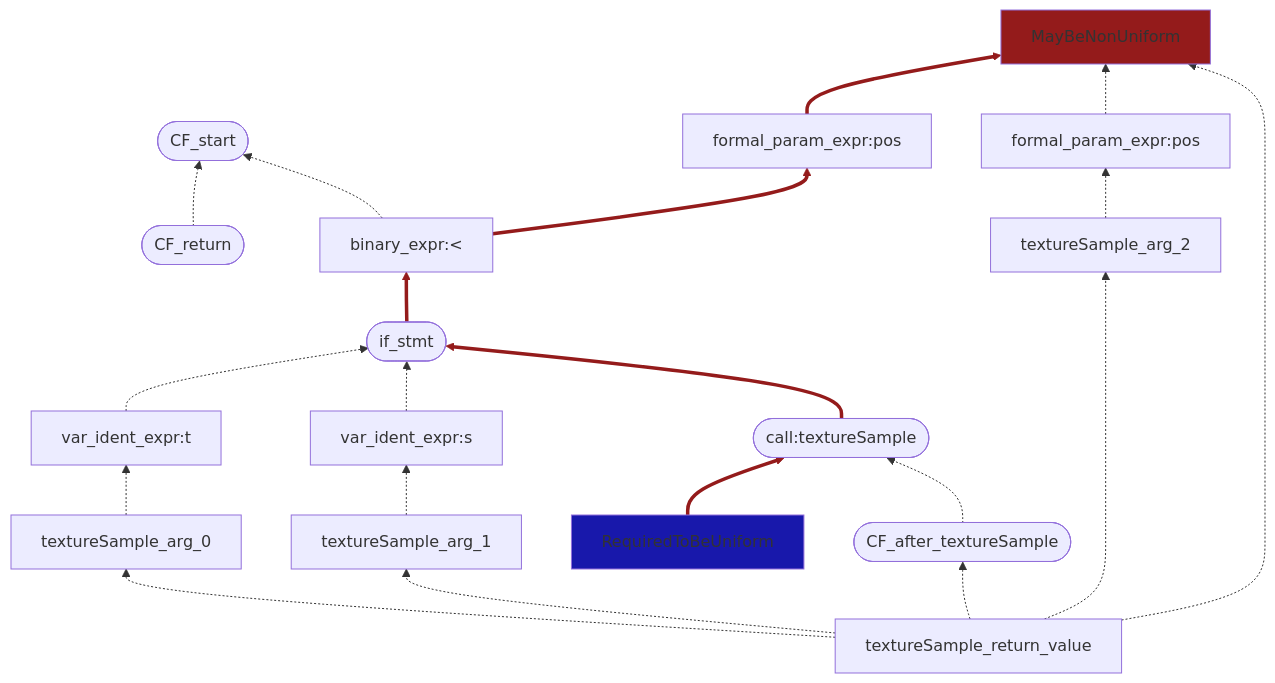
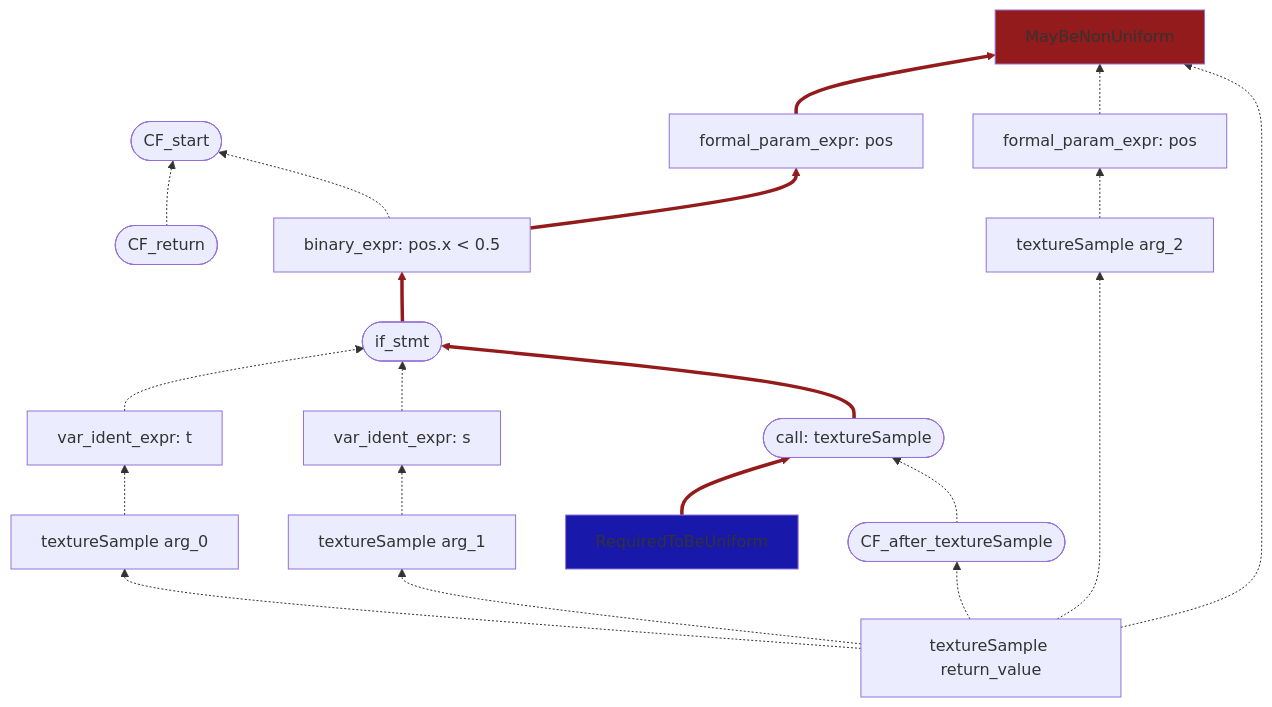
Before and after one commit to gpuweb/gpuweb: the diagram in wgsl/diagrams/uniformity_1.mmd, drawn with Mermaid. The commit also changed 9 other files, not shown here.

```diff
--- a/wgsl/diagrams/uniformity_1.mmd
+++ b/wgsl/diagrams/uniformity_1.mmd
@@ -1,39 +1,39 @@
 flowchart BT
   RequiredToBeUniform ==> textureSamplecall;
   CFreturn -.-> CFstart;
   posidentexpr ==> MayBeNonUniform;
   binaryexprresult ==> posidentexpr;
   binaryexprresult -.-> CFstart;
   ifstmt ==> binaryexprresult;
   tidentexpr -.-> ifstmt;
   textureSamplearg0 -.-> tidentexpr;
   sidentexpr -.-> ifstmt;
   textureSamplearg1 -.-> sidentexpr;
   posidentexpr1 -.-> MayBeNonUniform;
   textureSamplearg2 -.-> posidentexpr1;
   textureSamplecall ==> ifstmt;
   textureSamplereturnvalue -.-> MayBeNonUniform;
   textureSamplereturnvalue -.-> CFaftertextureSample;
   textureSamplereturnvalue -.-> textureSamplearg0;
   textureSamplereturnvalue -.-> textureSamplearg1;
   textureSamplereturnvalue -.-> textureSamplearg2;
   CFaftertextureSample -.-> textureSamplecall;
 
   style MayBeNonUniform fill:#941b1b
   style RequiredToBeUniform fill:#1818ab
   linkStyle 0,2,3,5,12 stroke:#941b1b
 
-  textureSamplecall([call:textureSample])
+  textureSamplecall([call: textureSample])
   CFreturn([CF_return])
   CFstart([CF_start])
-  posidentexpr[formal_param_expr:pos]
-  binaryexprresult[binary_expr:<]
+  posidentexpr[formal_param_expr: pos]
+  binaryexprresult[binary_expr: pos.x < 0.5]
   ifstmt([if_stmt])
-  tidentexpr[var_ident_expr:t]
-  textureSamplearg0[textureSample_arg_0]
-  sidentexpr[var_ident_expr:s]
-  textureSamplearg1[textureSample_arg_1]
-  posidentexpr1[formal_param_expr:pos]
-  textureSamplearg2[textureSample_arg_2]
-  textureSamplereturnvalue[textureSample_return_value]
+  tidentexpr[var_ident_expr: t]
+  textureSamplearg0[textureSample arg_0]
+  sidentexpr[var_ident_expr: s]
+  textureSamplearg1[textureSample arg_1]
+  posidentexpr1[formal_param_expr: pos]
+  textureSamplearg2[textureSample arg_2]
+  textureSamplereturnvalue[textureSample return_value]
   CFaftertextureSample([CF_after_textureSample])
```
